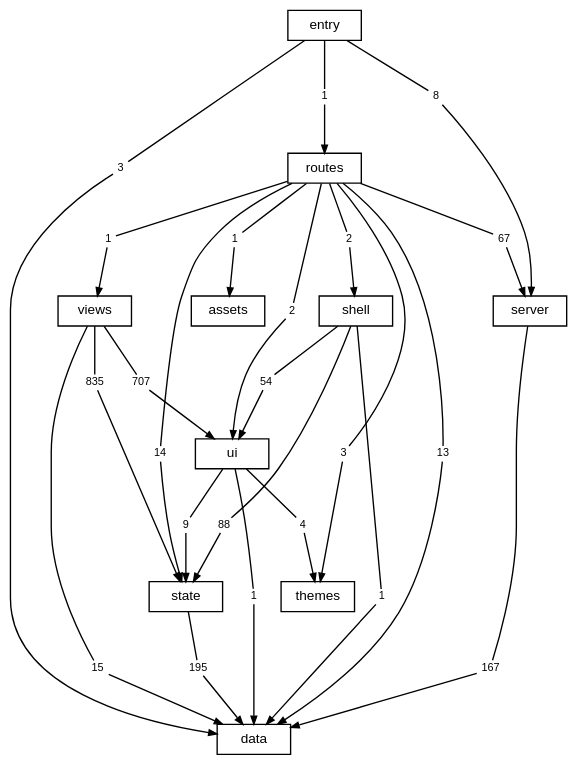
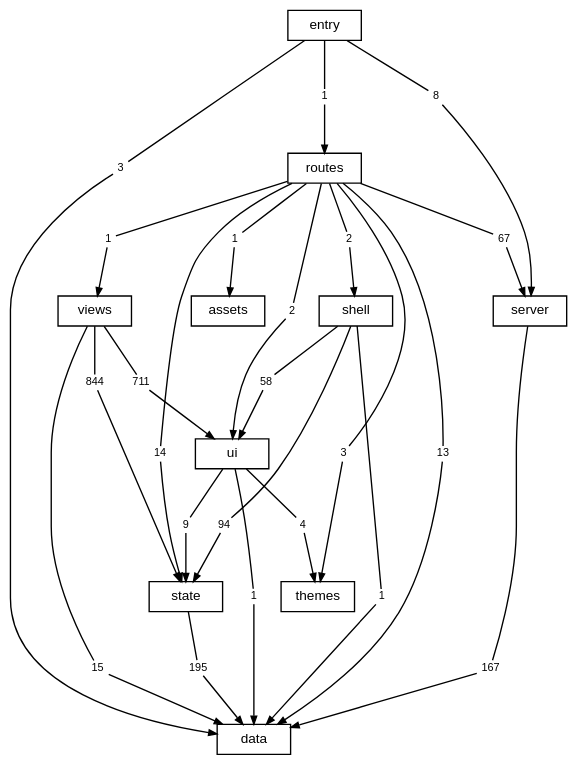
The diagram in docs/diagrams/layers.dot (TheAxeC/oculus), drawn with Graphviz before and after one commit. The commit also changed 169 other files, not shown here.

```diff
--- a/docs/diagrams/layers.dot
+++ b/docs/diagrams/layers.dot
@@ -1,81 +1,81 @@
 digraph layers {
     graph [bgcolor="transparent", rankdir=TB, newrank=true, fontname="Helvetica,Arial,sans-serif", fontsize=12, nodesep=0.2, ranksep=0.5];
     node [shape=box, color="black", fontcolor="black", fontname="Helvetica,Arial,sans-serif", fontsize=10, height=0.3, margin="0.12,0.04"];
     edge [color="black", fontcolor="black", fontname="Helvetica,Arial,sans-serif", fontsize=8, arrowsize=0.6];
     "data";
     "server";
     "state";
     "ui";
     "shell";
     "views";
     "themes";
     "routes";
     "src" [label="entry"];
     "files: assets" [label="assets"];
     "routes to data" [label="13", shape=box, color="transparent", fontsize=8, width=0, height=0, margin="0.04,0.02"];
     "routes" -> "routes to data" [arrowhead=none];
     "routes to data" -> "data" [];
     "routes to files: assets" [label="1", shape=box, color="transparent", fontsize=8, width=0, height=0, margin="0.04,0.02"];
     "routes" -> "routes to files: assets" [arrowhead=none];
     "routes to files: assets" -> "files: assets" [];
     "routes to server" [label="67", shape=box, color="transparent", fontsize=8, width=0, height=0, margin="0.04,0.02"];
     "routes" -> "routes to server" [arrowhead=none];
     "routes to server" -> "server" [];
     "routes to shell" [label="2", shape=box, color="transparent", fontsize=8, width=0, height=0, margin="0.04,0.02"];
     "routes" -> "routes to shell" [arrowhead=none];
     "routes to shell" -> "shell" [];
     "routes to state" [label="14", shape=box, color="transparent", fontsize=8, width=0, height=0, margin="0.04,0.02"];
     "routes" -> "routes to state" [arrowhead=none];
     "routes to state" -> "state" [];
     "routes to themes" [label="3", shape=box, color="transparent", fontsize=8, width=0, height=0, margin="0.04,0.02"];
     "routes" -> "routes to themes" [arrowhead=none];
     "routes to themes" -> "themes" [];
     "routes to ui" [label="2", shape=box, color="transparent", fontsize=8, width=0, height=0, margin="0.04,0.02"];
     "routes" -> "routes to ui" [arrowhead=none];
     "routes to ui" -> "ui" [];
     "routes to views" [label="1", shape=box, color="transparent", fontsize=8, width=0, height=0, margin="0.04,0.02"];
     "routes" -> "routes to views" [arrowhead=none];
     "routes to views" -> "views" [];
     "server to data" [label="167", shape=box, color="transparent", fontsize=8, width=0, height=0, margin="0.04,0.02"];
     "server" -> "server to data" [arrowhead=none];
     "server to data" -> "data" [];
     "shell to data" [label="1", shape=box, color="transparent", fontsize=8, width=0, height=0, margin="0.04,0.02"];
     "shell" -> "shell to data" [arrowhead=none];
     "shell to data" -> "data" [];
-    "shell to state" [label="88", shape=box, color="transparent", fontsize=8, width=0, height=0, margin="0.04,0.02"];
+    "shell to state" [label="94", shape=box, color="transparent", fontsize=8, width=0, height=0, margin="0.04,0.02"];
     "shell" -> "shell to state" [arrowhead=none];
     "shell to state" -> "state" [];
-    "shell to ui" [label="54", shape=box, color="transparent", fontsize=8, width=0, height=0, margin="0.04,0.02"];
+    "shell to ui" [label="58", shape=box, color="transparent", fontsize=8, width=0, height=0, margin="0.04,0.02"];
     "shell" -> "shell to ui" [arrowhead=none];
     "shell to ui" -> "ui" [];
     "src to data" [label="3", shape=box, color="transparent", fontsize=8, width=0, height=0, margin="0.04,0.02"];
     "src" -> "src to data" [arrowhead=none];
     "src to data" -> "data" [];
     "src to routes" [label="1", shape=box, color="transparent", fontsize=8, width=0, height=0, margin="0.04,0.02"];
     "src" -> "src to routes" [arrowhead=none];
     "src to routes" -> "routes" [];
     "src to server" [label="8", shape=box, color="transparent", fontsize=8, width=0, height=0, margin="0.04,0.02"];
     "src" -> "src to server" [arrowhead=none];
     "src to server" -> "server" [];
     "state to data" [label="195", shape=box, color="transparent", fontsize=8, width=0, height=0, margin="0.04,0.02"];
     "state" -> "state to data" [arrowhead=none];
     "state to data" -> "data" [];
     "ui to data" [label="1", shape=box, color="transparent", fontsize=8, width=0, height=0, margin="0.04,0.02"];
     "ui" -> "ui to data" [arrowhead=none];
     "ui to data" -> "data" [];
     "ui to state" [label="9", shape=box, color="transparent", fontsize=8, width=0, height=0, margin="0.04,0.02"];
     "ui" -> "ui to state" [arrowhead=none];
     "ui to state" -> "state" [];
     "ui to themes" [label="4", shape=box, color="transparent", fontsize=8, width=0, height=0, margin="0.04,0.02"];
     "ui" -> "ui to themes" [arrowhead=none];
     "ui to themes" -> "themes" [];
     "views to data" [label="15", shape=box, color="transparent", fontsize=8, width=0, height=0, margin="0.04,0.02"];
     "views" -> "views to data" [arrowhead=none];
     "views to data" -> "data" [];
-    "views to state" [label="835", shape=box, color="transparent", fontsize=8, width=0, height=0, margin="0.04,0.02"];
+    "views to state" [label="844", shape=box, color="transparent", fontsize=8, width=0, height=0, margin="0.04,0.02"];
     "views" -> "views to state" [arrowhead=none];
     "views to state" -> "state" [];
-    "views to ui" [label="707", shape=box, color="transparent", fontsize=8, width=0, height=0, margin="0.04,0.02"];
+    "views to ui" [label="711", shape=box, color="transparent", fontsize=8, width=0, height=0, margin="0.04,0.02"];
     "views" -> "views to ui" [arrowhead=none];
     "views to ui" -> "ui" [];
 }
```
